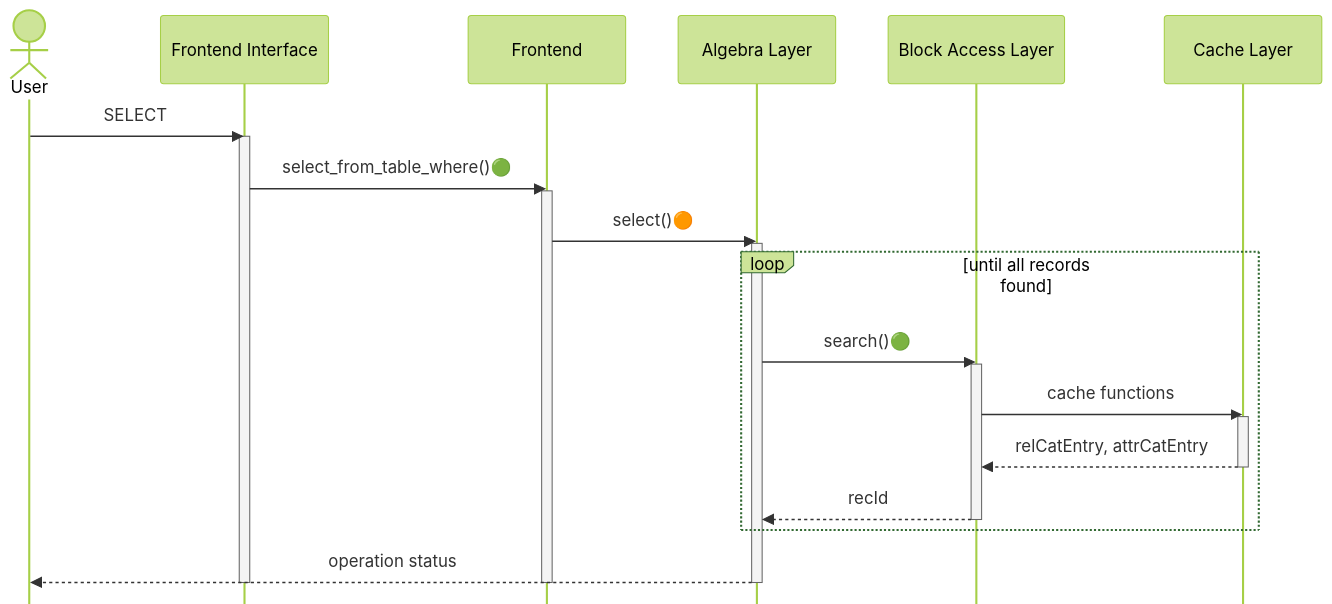
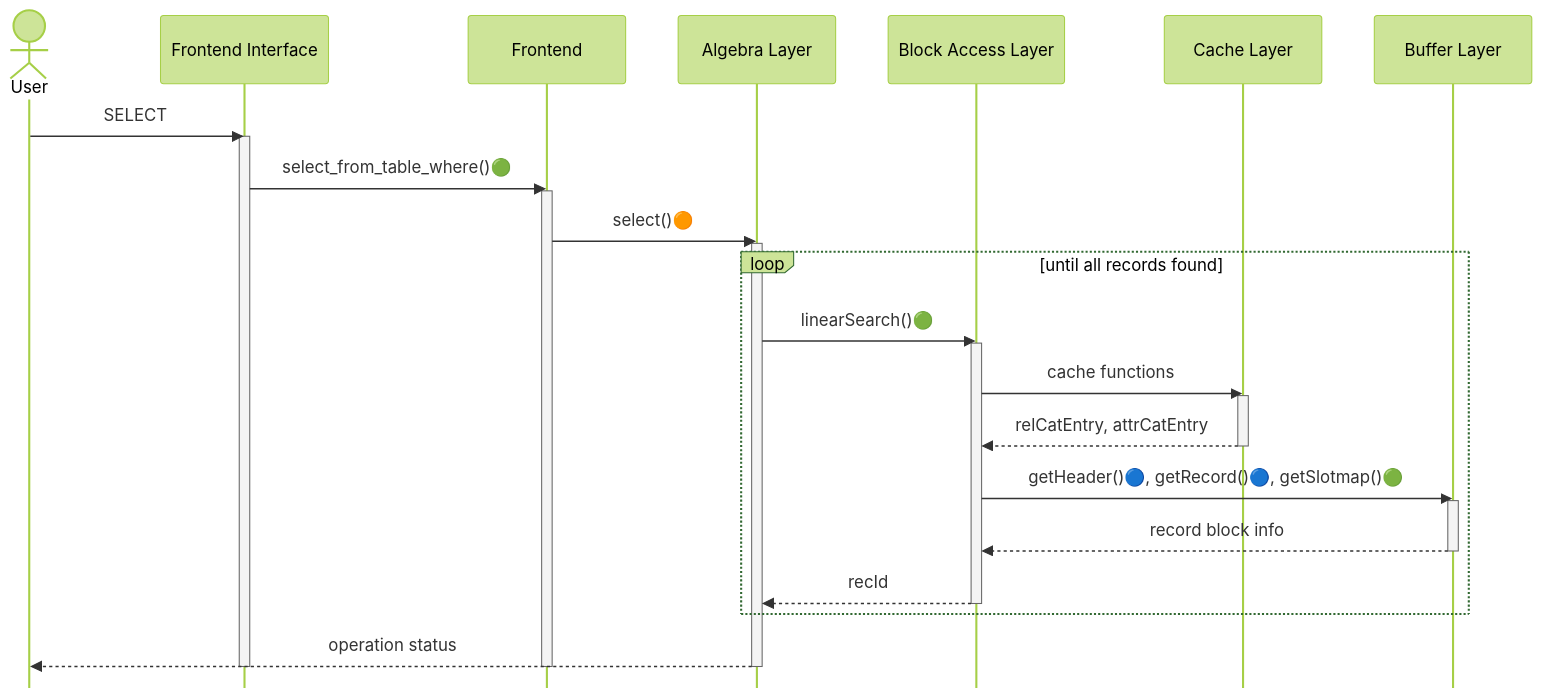
One commit to NITCbase/nitcbase.github.io changed the second of 3 diagrams in docs/Roadmap/Stage04.md. Above: the diagram before and after it, drawn with Mermaid (forest theme). The commit also changed other lines of this file, not shown here.

Commit message:
more stage 4 diagrams. pending split

````diff
--- a/docs/Roadmap/Stage04.md
+++ b/docs/Roadmap/Stage04.md
@@ -46,31 +84,36 @@
 ```mermaid
  %%{init: { 'sequence': {'mirrorActors':false} } }%%
 sequenceDiagram
     actor User
     participant Frontend Interface
     participant Frontend
     participant Algebra Layer
     participant Block Access Layer
     participant Cache Layer
+    participant Buffer Layer
     User->>Frontend Interface: SELECT
     activate Frontend Interface
     Frontend Interface->>Frontend:select_from_table_where()🟢
     activate Frontend
     Frontend->>Algebra Layer:select()🟠
     activate Algebra Layer
     loop until all records found
-      Algebra Layer->>Block Access Layer:search()🟢
+      Algebra Layer->>Block Access Layer:linearSearch()🟢
       activate Block Access Layer
       Block Access Layer->>Cache Layer:cache functions
       activate Cache Layer
       Cache Layer-->>Block Access Layer:relCatEntry, attrCatEntry
       deactivate Cache Layer
+      Block Access Layer->>Buffer Layer:getHeader()🔵, getRecord()🔵, getSlotmap()🟢
+      activate Buffer Layer
+      Buffer Layer-->>Block Access Layer: record block info
+      deactivate Buffer Layer
       Block Access Layer-->>Algebra Layer:recId
       deactivate Block Access Layer
     end
     Algebra Layer-->>User:operation status
     deactivate Algebra Layer
     deactivate Frontend
     deactivate Frontend Interface
 
 ```
````
